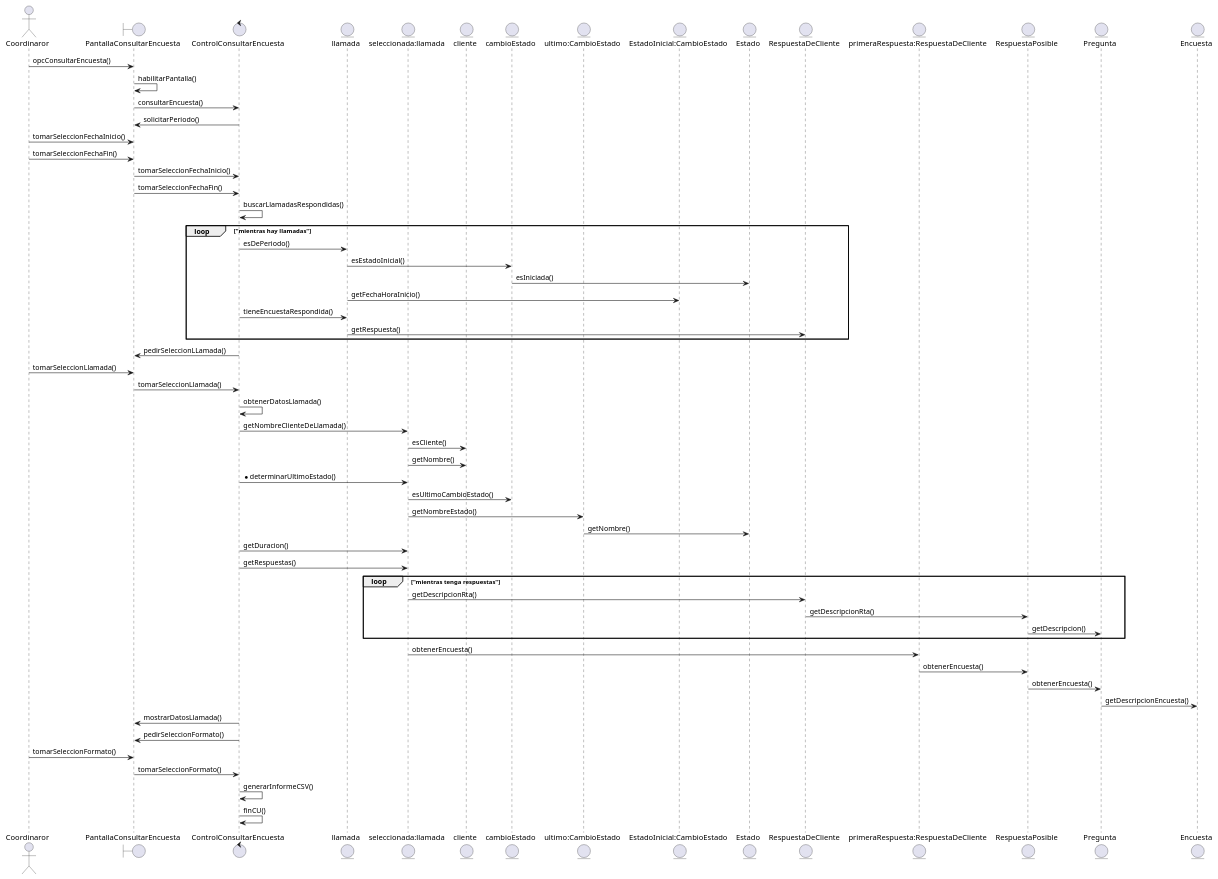
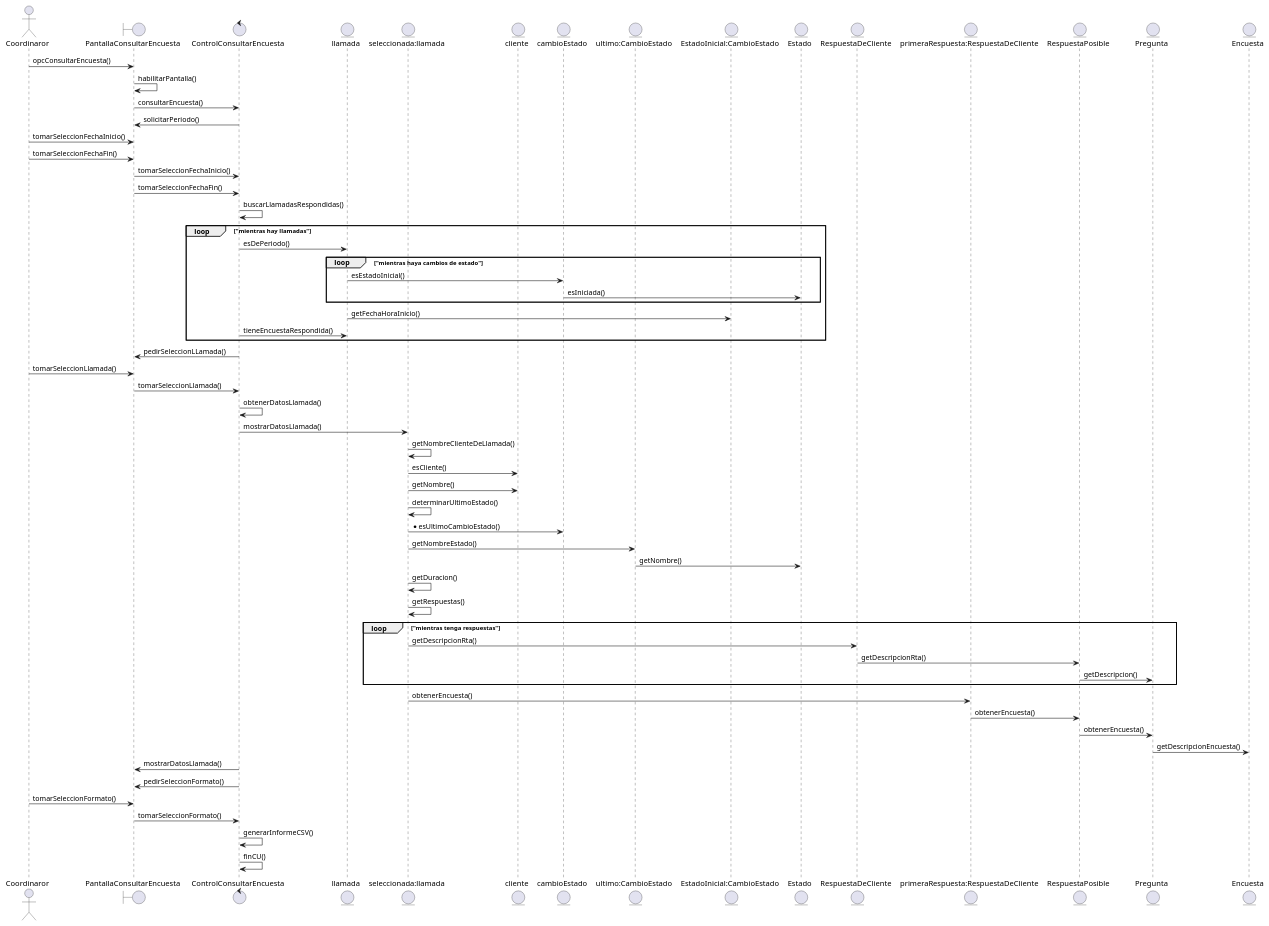
Before and after one commit to ReynaTeodoro/2023DSI: the diagram in PPAI/Sequence/cu44 ConsultarEncuesta.puml, drawn with PlantUML. The commit also changed 16 other files, not shown here.

```diff
--- a/PPAI/Sequence/cu44 ConsultarEncuesta.puml
+++ b/PPAI/Sequence/cu44 ConsultarEncuesta.puml
@@ -1,65 +1,67 @@
 @startuml
-
 actor Coordinaror as co
 boundary PantallaConsultarEncuesta as pa
 control ControlConsultarEncuesta as ge
 entity llamada as ll
 entity "seleccionada:llamada" as sll
 entity cliente as cl
 entity cambioEstado as ce
 entity "ultimo:CambioEstado" as uce
 entity "EstadoInicial:CambioEstado" as ice
 entity Estado as e
 entity RespuestaDeCliente as rc
 entity "primeraRespuesta:RespuestaDeCliente" as urc
 entity RespuestaPosible as rp
 entity Pregunta as pr
 entity Encuesta as en
 
 co -> pa: opcConsultarEncuesta()
 pa -> pa: habilitarPantalla()
 pa -> ge: consultarEncuesta()
 ge -> pa: solicitarPeriodo()
 co -> pa: tomarSeleccionFechaInicio()
 co -> pa: tomarSeleccionFechaFin()
 pa -> ge: tomarSeleccionFechaInicio()
 pa -> ge: tomarSeleccionFechaFin()
 ge -> ge: buscarLlamadasRespondidas()
 loop "mientras hay llamadas"
 ge -> ll: esDePeriodo()
+loop "mientras haya cambios de estado"
 ll -> ce: esEstadoInicial()
 ce -> e: esIniciada()
+end
 ll -> ice: getFechaHoraInicio()
 ge -> ll: tieneEncuestaRespondida()
-ll -> rc: getRespuesta()
+
 
 end
 ge -> pa: pedirSeleccionLLamada()
 co -> pa: tomarSeleccionLlamada()
 pa -> ge: tomarSeleccionLlamada()
 ge -> ge: obtenerDatosLlamada()
-ge -> sll: getNombreClienteDeLlamada()
+ge -> sll: mostrarDatosLlamada()
+sll -> sll: getNombreClienteDeLlamada()
 sll -> cl: esCliente()
 sll -> cl: getNombre()
-ge -> sll: *determinarUltimoEstado()
-sll -> ce: esUltimoCambioEstado()
+sll -> sll: determinarUltimoEstado()
+sll -> ce: *esUltimoCambioEstado()
 sll -> uce: getNombreEstado()
 uce -> e: getNombre()
-ge -> sll: getDuracion()
-ge -> sll: getRespuestas()
+sll -> sll: getDuracion()
+sll -> sll: getRespuestas()
 loop "mientras tenga respuestas"
 sll -> rc: getDescripcionRta()
 rc -> rp: getDescripcionRta()
 rp -> pr: getDescripcion()
 end
 sll -> urc: obtenerEncuesta()
 urc -> rp: obtenerEncuesta()
 rp -> pr: obtenerEncuesta()
 pr -> en: getDescripcionEncuesta()
 ge -> pa: mostrarDatosLlamada()
 ge -> pa: pedirSeleccionFormato()
 co -> pa: tomarSeleccionFormato()
 pa -> ge: tomarSeleccionFormato()
 ge -> ge: generarInformeCSV()
 ge -> ge: finCU()
 @enduml
```
